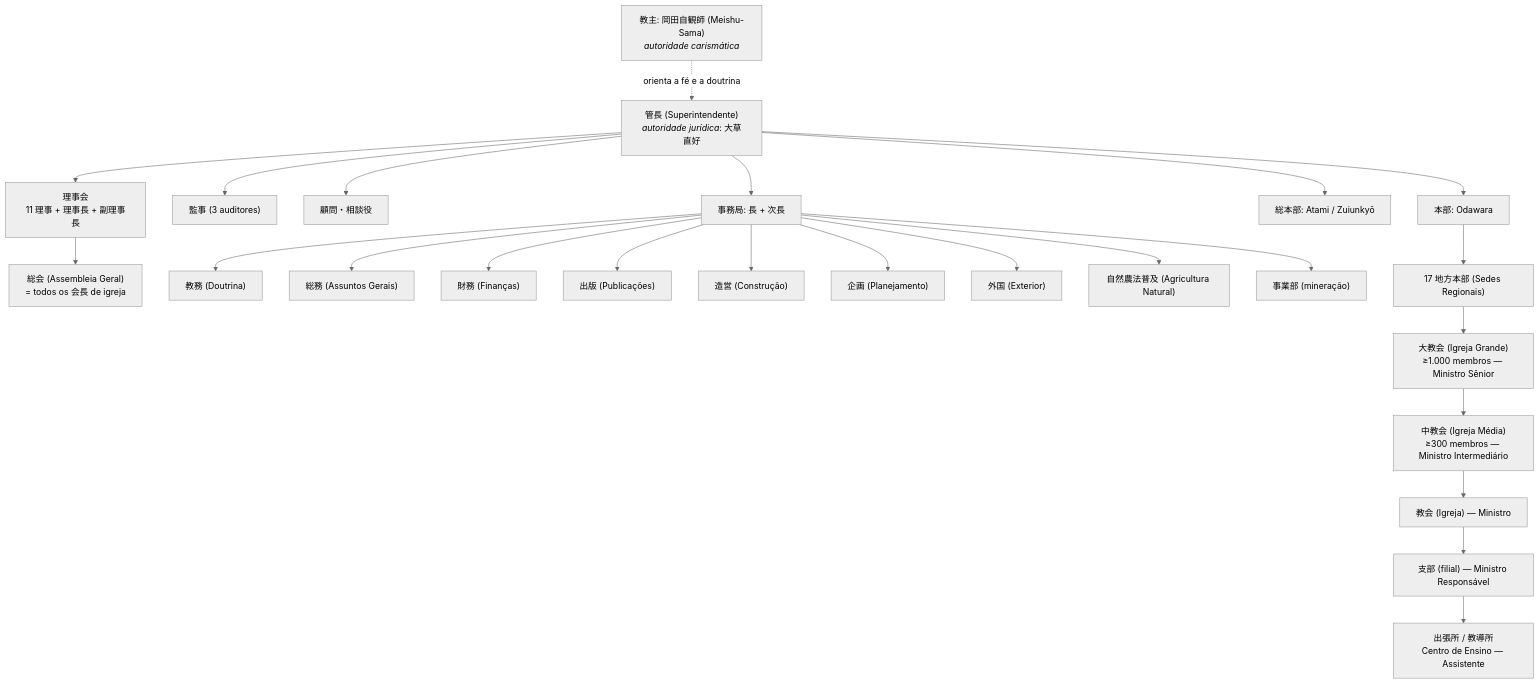
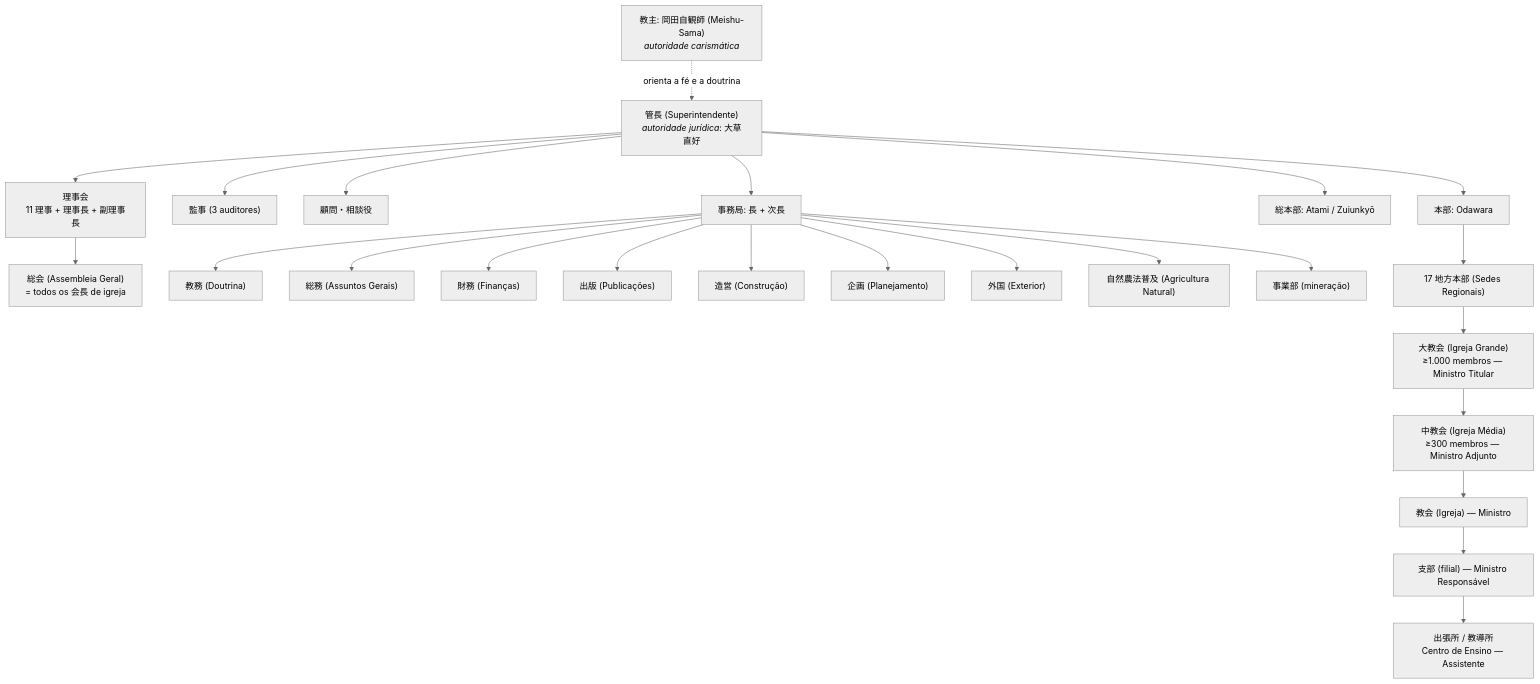
One commit to conversecommeishusama/assistente-meishu-sama changed the diagram in docs/DOSSIE_PARTE_III_DOUTRINA_ECONOMIA_E_HIERARQUIA_20261013.md. Above: the diagram before and after it, drawn with Mermaid (neutral theme). The commit also changed other lines of this file and 25 other files, not shown here.

````diff
--- a/docs/DOSSIE_PARTE_III_DOUTRINA_ECONOMIA_E_HIERARQUIA_20261013.md
+++ b/docs/DOSSIE_PARTE_III_DOUTRINA_ECONOMIA_E_HIERARQUIA_20261013.md
@@ -146,27 +146,27 @@
 ```mermaid
 %% caption: Organograma — 1951–1955
 graph TD
     A["教主: 岡田自観師 (Meishu-Sama)<br/><i>autoridade carismática</i>"] -.->|orienta a fé e a doutrina| B
     B["管長 (Superintendente)<br/><i>autoridade jurídica</i>: 大草直好"] --> C["理事会<br/>11 理事 + 理事長 + 副理事長"]
     B --> D["監事 (3 auditores)"]
     B --> E["顧問・相談役"]
     C --> F["総会 (Assembleia Geral)<br/>= todos os 会長 de igreja"]
     B --> G["事務局: 長 + 次長"]
     G --> H["教務 (Doutrina)"]
     G --> I["総務 (Assuntos Gerais)"]
     G --> J["財務 (Finanças)"]
     G --> K["出版 (Publicações)"]
     G --> L["造営 (Construção)"]
     G --> M["企画 (Planejamento)"]
     G --> N["外国 (Exterior)"]
     G --> O["自然農法普及 (Agricultura Natural)"]
     G --> P["事業部 (mineração)"]
     B --> Q["総本部: Atami / Zuiunkyō"]
     B --> R["本部: Odawara"]
     R --> S["17 地方本部 (Sedes Regionais)"]
-    S --> T["大教会 (Igreja Grande)<br/>≥1.000 membros — Ministro Sênior"]
-    T --> U["中教会 (Igreja Média)<br/>≥300 membros — Ministro Intermediário"]
+    S --> T["大教会 (Igreja Grande)<br/>≥1.000 membros — Ministro Titular"]
+    T --> U["中教会 (Igreja Média)<br/>≥300 membros — Ministro Adjunto"]
     U --> V["教会 (Igreja) — Ministro"]
     V --> W["支部 (filial) — Ministro Responsável"]
     W --> X["出張所 / 教導所<br/>Centro de Ensino — Assistente"]
 ```
````
